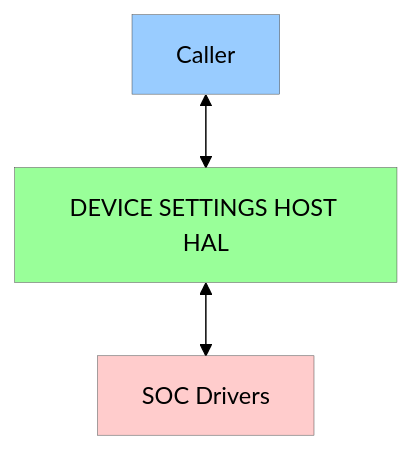
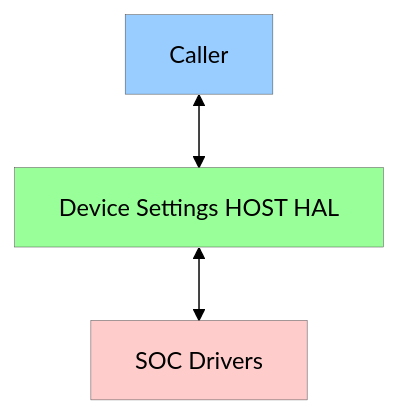
The first of 2 diagrams in docs/pages/dsHost_halSpec.md (rdkcentral/rdk-halif-device_settings), drawn with Mermaid before and after one commit. The commit also changed other lines of this file, not shown here.

First line of the commit message:
RDK-43735 - Provide documentation for component "DS Host HAL"

````diff
--- a/docs/pages/dsHost_halSpec.md
+++ b/docs/pages/dsHost_halSpec.md
@@ -52,9 +52,9 @@
 ```mermaid
 %%{ init : { "theme" : "forest", "flowchart" : { "curve" : "linear" }}}%%
 flowchart TD
-y[Caller]<-->x[DEVICE SETTINGS HOST HAL];
-x[DEVICE SETTINGS HOST HAL]<-->z[SOC Drivers];
+y[Caller]<-->x[Device Settings HOST HAL];
+x[Device Settings HOST HAL]<-->z[SOC Drivers];
 style y fill:#99CCFF,stroke:#333,stroke-width:0.3px,align:left
 style z fill:#fcc,stroke:#333,stroke-width:0.3px,align:left
 style x fill:#9f9,stroke:#333,stroke-width:0.3px,align:left
  ```
````
